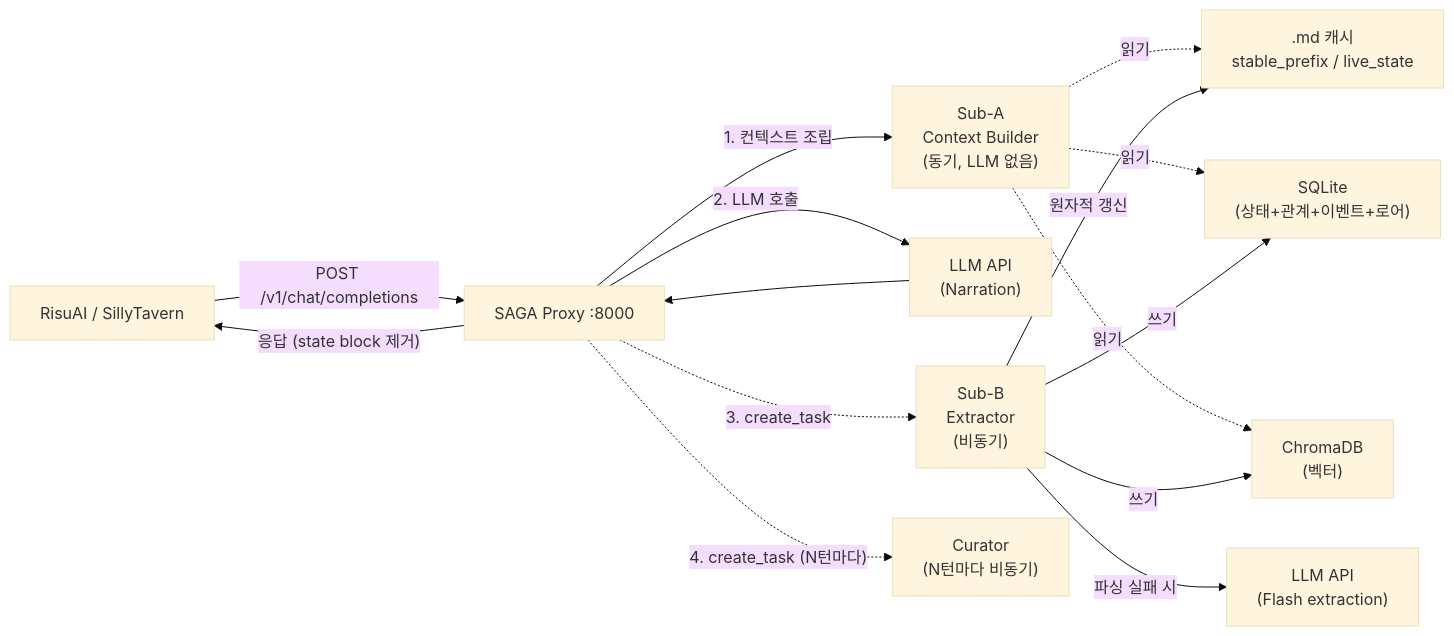
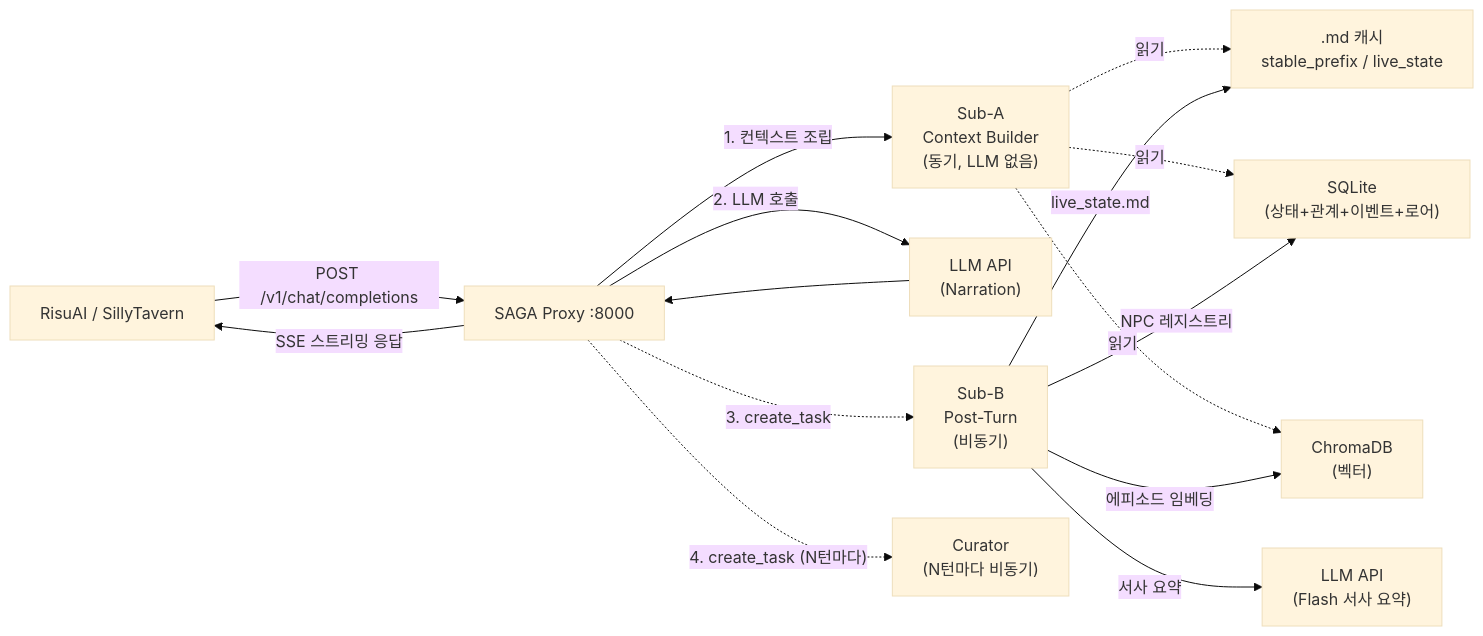
The diagram in README.md (YangHyunu/SAGA), drawn with Mermaid (base theme) before and after one commit. The commit also changed other lines of this file and 47 other files, not shown here.

````diff
--- a/README.md
+++ b/README.md
@@ -252,35 +252,35 @@
 ```mermaid
 flowchart LR
     Client["RisuAI / SillyTavern"]
 
     Proxy["SAGA Proxy :8000"]
     SubA["Sub-A<br/>Context Builder<br/>(동기, LLM 없음)"]
     LLM["LLM API<br/>(Narration)"]
-    SubB["Sub-B<br/>Extractor<br/>(비동기)"]
-    Flash["LLM API<br/>(Flash extraction)"]
+    SubB["Sub-B<br/>Post-Turn<br/>(비동기)"]
+    Flash["LLM API<br/>(Flash 서사 요약)"]
     Curator["Curator<br/>(N턴마다 비동기)"]
 
     SQLite["SQLite<br/>(상태+관계+이벤트+로어)"]
     Chroma["ChromaDB<br/>(벡터)"]
     Cache[".md 캐시<br/>stable_prefix / live_state"]
 
     %% 요청 흐름
     Client -- "POST /v1/chat/completions" --> Proxy
     Proxy -- "1. 컨텍스트 조립" --> SubA
     SubA -. "읽기" .-> Cache
     SubA -. "읽기" .-> SQLite
     SubA -. "읽기" .-> Chroma
 
     Proxy -- "2. LLM 호출" --> LLM
     LLM --> Proxy
-    Proxy -- "응답 (state block 제거)" --> Client
+    Proxy -- "SSE 스트리밍 응답" --> Client
 
     %% 비동기 후처리 (Proxy가 둘 다 fire)
     Proxy -. "3. create_task" .-> SubB
     Proxy -. "4. create_task (N턴마다)" .-> Curator
 
-    SubB -- "파싱 실패 시" --> Flash
-    SubB -- "쓰기" --> SQLite
-    SubB -- "쓰기" --> Chroma
-    SubB -- "원자적 갱신" --> Cache
+    SubB -- "서사 요약" --> Flash
+    SubB -- "NPC 레지스트리" --> SQLite
+    SubB -- "에피소드 임베딩" --> Chroma
+    SubB -- "live_state.md" --> Cache
 ```
````
